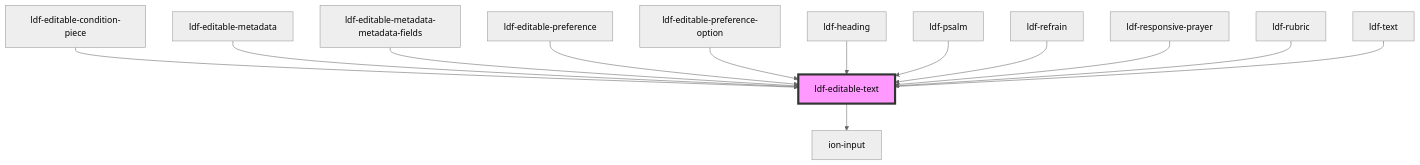
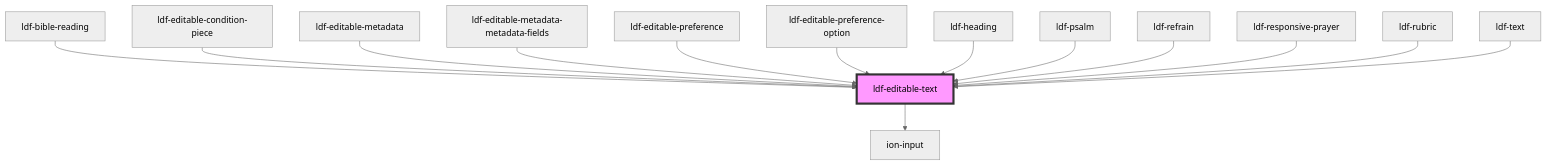
Before and after one commit to gbj/venite: the diagram in components/src/components/editable-text/readme.md, drawn with Mermaid (neutral theme). The commit also changed other lines of this file and 75 other files, not shown here.

````diff
--- a/components/src/components/editable-text/readme.md
+++ b/components/src/components/editable-text/readme.md
@@ -51,16 +52,17 @@
 ```mermaid
 graph TD;
   ldf-editable-text --> ion-input
+  ldf-bible-reading --> ldf-editable-text
   ldf-editable-condition-piece --> ldf-editable-text
   ldf-editable-metadata --> ldf-editable-text
   ldf-editable-metadata-metadata-fields --> ldf-editable-text
   ldf-editable-preference --> ldf-editable-text
   ldf-editable-preference-option --> ldf-editable-text
   ldf-heading --> ldf-editable-text
   ldf-psalm --> ldf-editable-text
   ldf-refrain --> ldf-editable-text
   ldf-responsive-prayer --> ldf-editable-text
   ldf-rubric --> ldf-editable-text
   ldf-text --> ldf-editable-text
   style ldf-editable-text fill:#f9f,stroke:#333,stroke-width:4px
 ```
````
